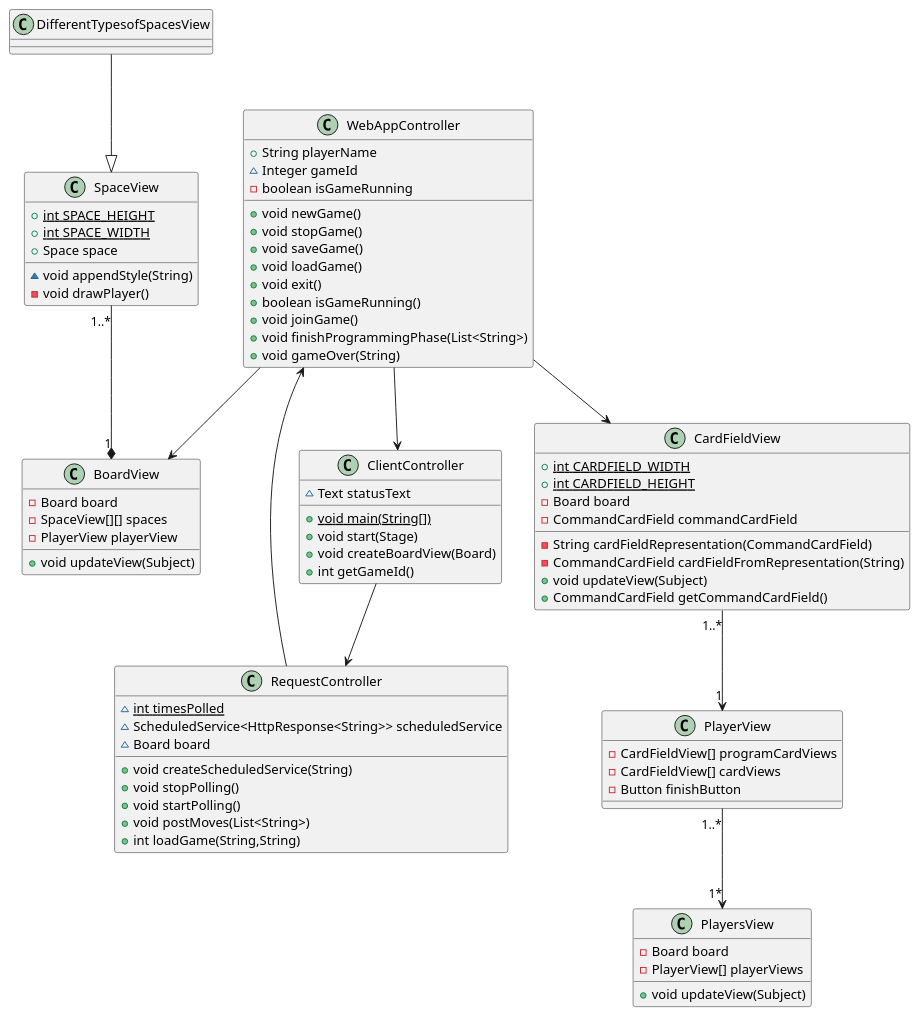
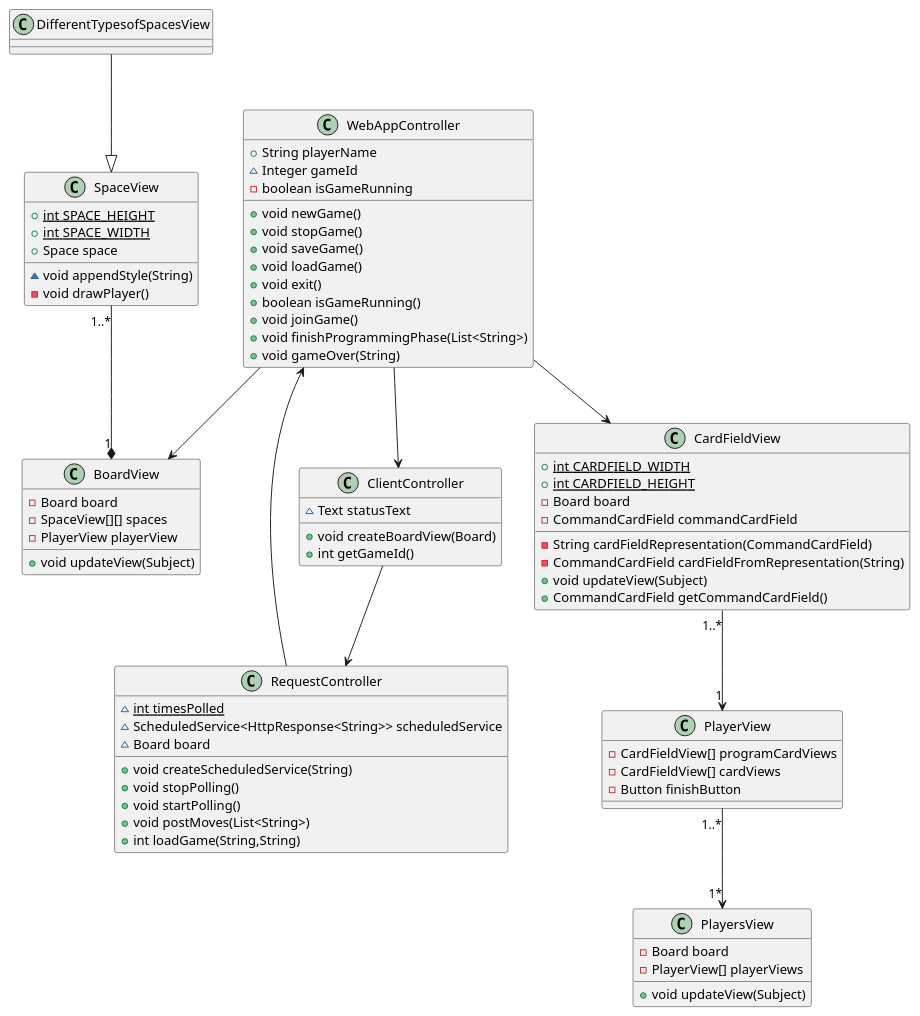
The diagram in documentation/plantuml/class-diagrams/ClientDiagram.puml (xdTobs/_18_roborally), drawn with PlantUML before and after one commit. The commit also changed 8 other files, not shown here.

```diff
--- a/documentation/plantuml/class-diagrams/ClientDiagram.puml
+++ b/documentation/plantuml/class-diagrams/ClientDiagram.puml
@@ -1,88 +1,86 @@
 @startuml
 DifferentTypesofSpacesView --|> SpaceView
 RequestController --> WebAppController
 ClientController --> RequestController
 WebAppController --> ClientController
 WebAppController --> BoardView
 SpaceView "1..*" --* "1" BoardView
 WebAppController --> CardFieldView
 PlayerView "1..*" --> "1*" PlayersView
 CardFieldView "1..*" --> "1" PlayerView
 
 
 class ClientController {
 ~ Text statusText
-+ {static} void main(String[])
-+ void start(Stage)
 + void createBoardView(Board)
 + int getGameId()
 }
 
 class RequestController {
 ~ {static} int timesPolled
 ~ ScheduledService<HttpResponse<String>> scheduledService
 ~ Board board
 + void createScheduledService(String)
 + void stopPolling()
 + void startPolling()
 + void postMoves(List<String>)
 + int loadGame(String,String)
 }
 
 class WebAppController {
 + String playerName
 ~ Integer gameId
 - boolean isGameRunning
 + void newGame()
 + void stopGame()
 + void saveGame()
 + void loadGame()
 + void exit()
 + boolean isGameRunning()
 + void joinGame()
 + void finishProgrammingPhase(List<String>)
 + void gameOver(String)
 }
 
 class BoardView {
 - Board board
 - SpaceView[][] spaces
 - PlayerView playerView
 + void updateView(Subject)
 }
 
 class CardFieldView {
 + {static} int CARDFIELD_WIDTH
 + {static} int CARDFIELD_HEIGHT
 - Board board
 - CommandCardField commandCardField
 - String cardFieldRepresentation(CommandCardField)
 - CommandCardField cardFieldFromRepresentation(String)
 + void updateView(Subject)
 + CommandCardField getCommandCardField()
 }
 
 class DifferentTypesofSpacesView {
 }
 
 class PlayersView {
 - Board board
 - PlayerView[] playerViews
 + void updateView(Subject)
 }
 
 class PlayerView {
 - CardFieldView[] programCardViews
 - CardFieldView[] cardViews
 - Button finishButton
 }
 
 class SpaceView {
 + {static} int SPACE_HEIGHT
 + {static} int SPACE_WIDTH
 + Space space
 ~ void appendStyle(String)
 - void drawPlayer()
 }
 
 @enduml
```
